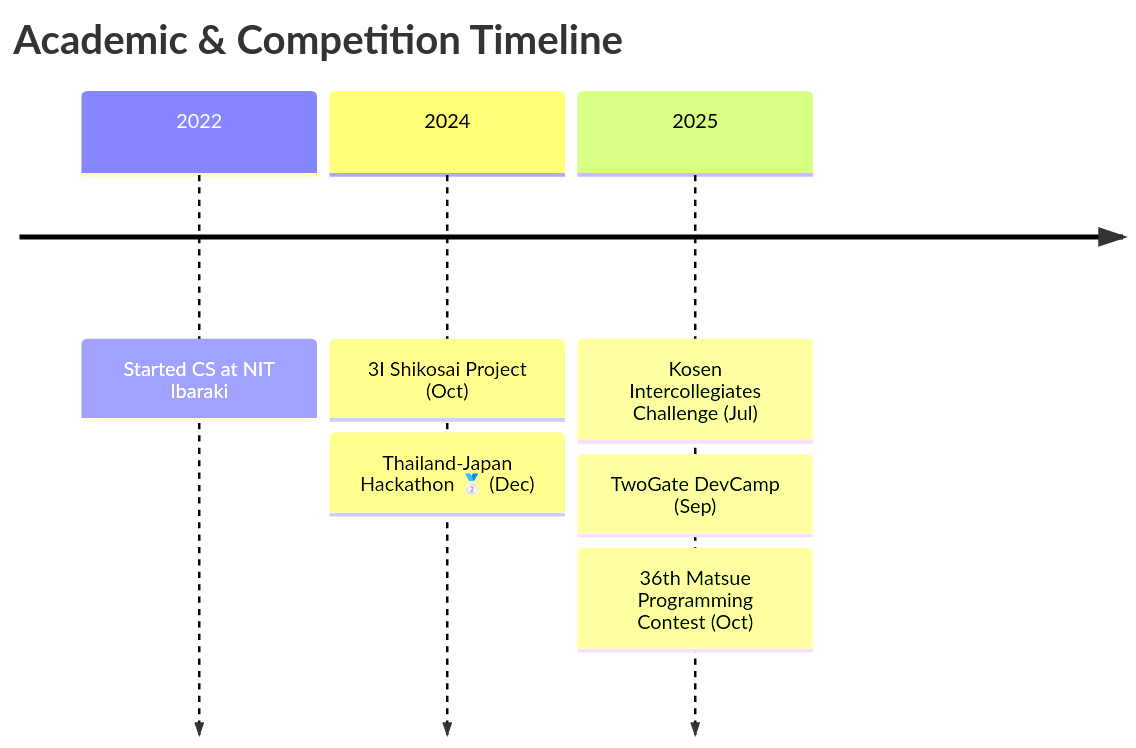
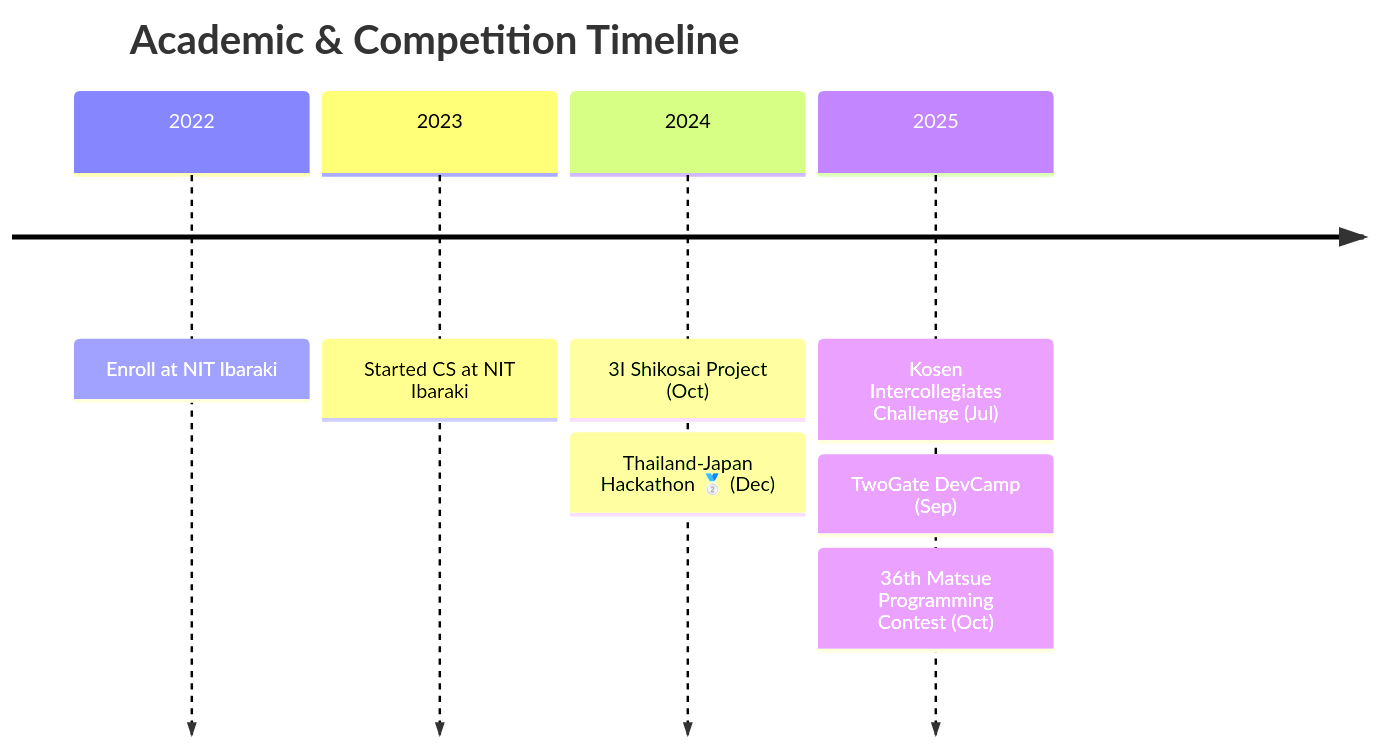
One commit to Tomarun029831/Tomarun029831 changed the diagram in README.md. Above: the diagram before and after it, drawn with Mermaid.

````diff
--- a/README.md
+++ b/README.md
@@ -241,13 +241,15 @@
 ```mermaid
 timeline
     title Academic & Competition Timeline
+
+    2022 : Enroll at NIT Ibaraki
     
-    2022 : Started CS at NIT Ibaraki
+    2023 : Started CS at NIT Ibaraki
     
     2024 : 3I Shikosai Project (Oct)
          : Thailand-Japan Hackathon 🥈 (Dec)
     
     2025 : Kosen Intercollegiates Challenge (Jul)
          : TwoGate DevCamp (Sep)
          : 36th Matsue Programming Contest (Oct)
 ```
````
